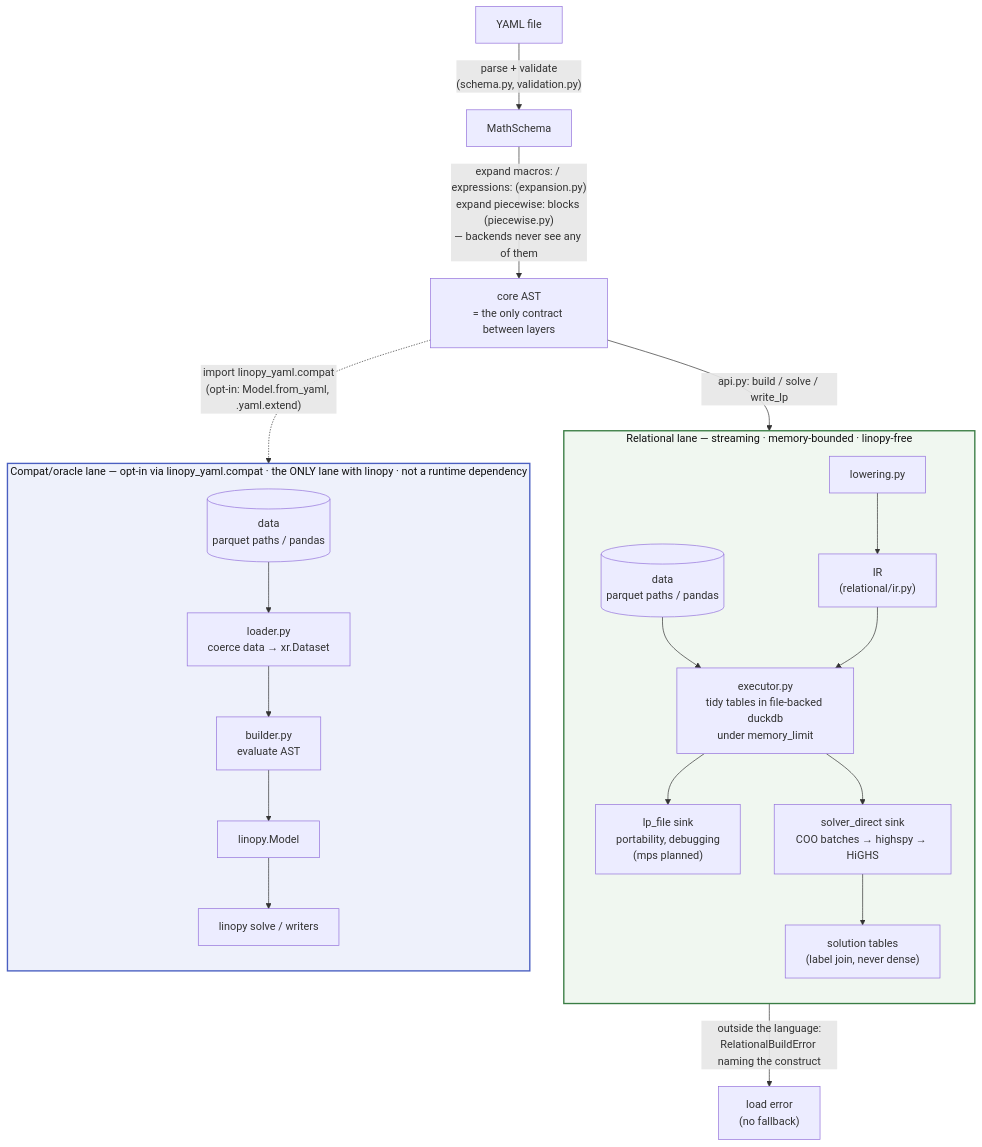
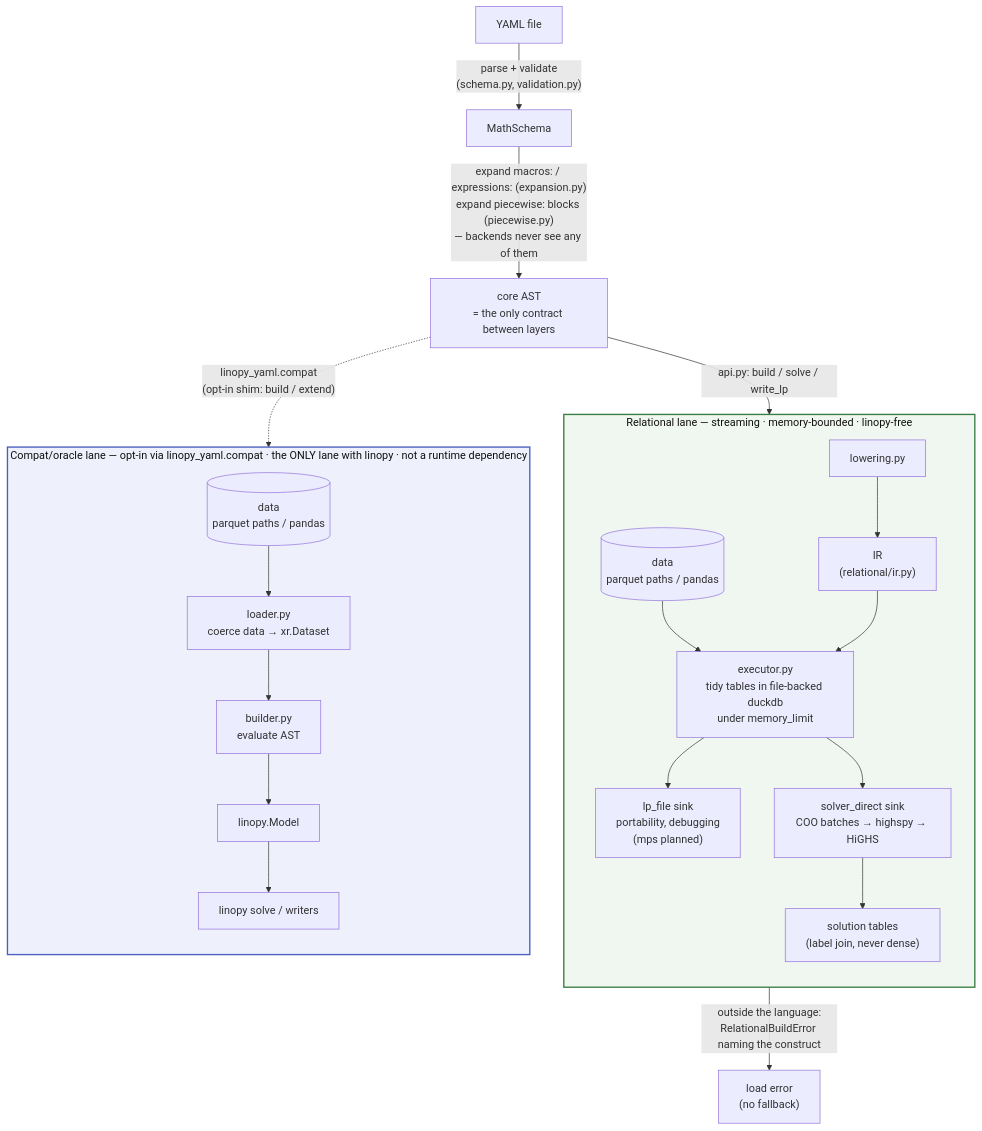
One commit to FBumann/farkas changed the first of 2 diagrams in ARCHITECTURE.md. Above: the diagram before and after it, drawn with Mermaid. The commit also changed other lines of this file and 32 other files, not shown here.

First line of the commit message:
refactor!: closed helper set, no monkey-patch, compat as a pure-producer shim

````diff
--- a/ARCHITECTURE.md
+++ b/ARCHITECTURE.md
@@ -17,30 +17,30 @@
 ```mermaid
 flowchart TB
     Y[YAML file] -->|"parse + validate<br/>(schema.py, validation.py)"| MS[MathSchema]
     MS -->|"expand macros: / expressions: (expansion.py)<br/>expand piecewise: blocks (piecewise.py)<br/>— backends never see any of them"| AST["core AST<br/>= the only contract between layers"]
     AST -->|"api.py: build / solve / write_lp"| LOWER
-    AST -.->|"import linopy_yaml.compat<br/>(opt-in: Model.from_yaml, .yaml.extend)"| BUILD
+    AST -.->|"linopy_yaml.compat<br/>(opt-in shim: build / extend)"| BUILD
     LOWER -->|"outside the language:<br/>RelationalBuildError naming the construct"| ERR["load error<br/>(no fallback)"]
 
     subgraph REL["Relational lane — streaming · memory-bounded · linopy-free"]
         direction TB
         LOWER["lowering.py"] --> IR["IR<br/>(relational/ir.py)"]
         DR[("data<br/>parquet paths / pandas")] --> EXEC
         IR --> EXEC["executor.py<br/>tidy tables in file-backed duckdb<br/>under memory_limit"]
         EXEC --> LPS["lp_file sink<br/>portability, debugging<br/>(mps planned)"]
         EXEC --> DIRECT["solver_direct sink<br/>COO batches → highspy → HiGHS"]
         DIRECT --> SOL["solution tables<br/>(label join, never dense)"]
     end
 
     subgraph EAGER["Compat/oracle lane — opt-in via linopy_yaml.compat · the ONLY lane with linopy · not a runtime dependency"]
         direction TB
         DE[("data<br/>parquet paths / pandas")] --> LOAD["loader.py<br/>coerce data → xr.Dataset"]
         LOAD --> BUILD["builder.py<br/>evaluate AST"]
         BUILD --> MODEL[linopy.Model] --> SOLVE["linopy solve / writers"]
     end
 
     classDef laneR fill:#f0f7f0,stroke:#3a7d44,stroke-width:2px,color:#111
     classDef laneE fill:#eef1fb,stroke:#4a5fc1,stroke-width:2px,color:#111
     class REL laneR
     class EAGER laneE
 ```
````
